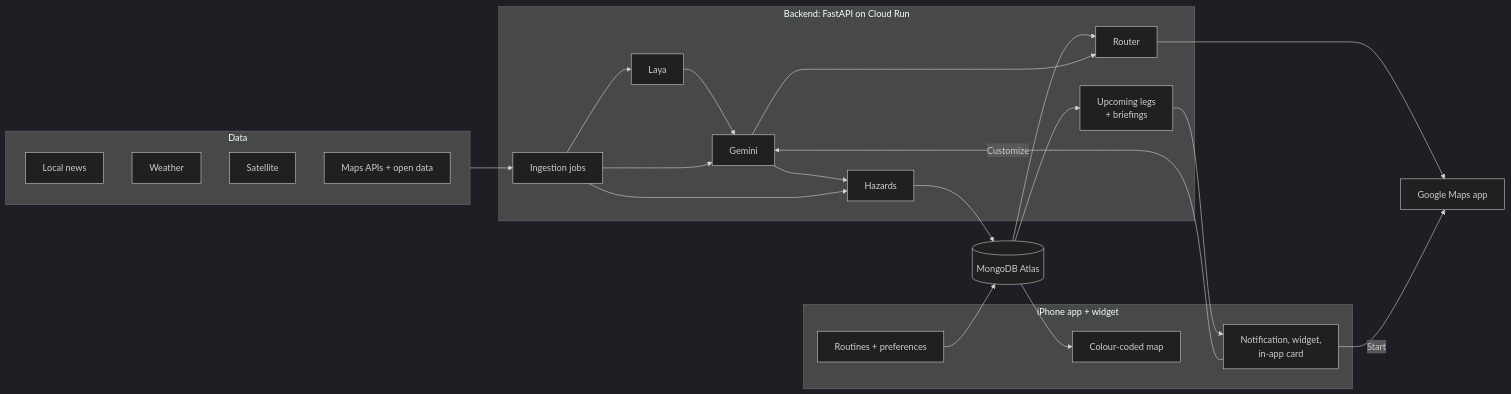
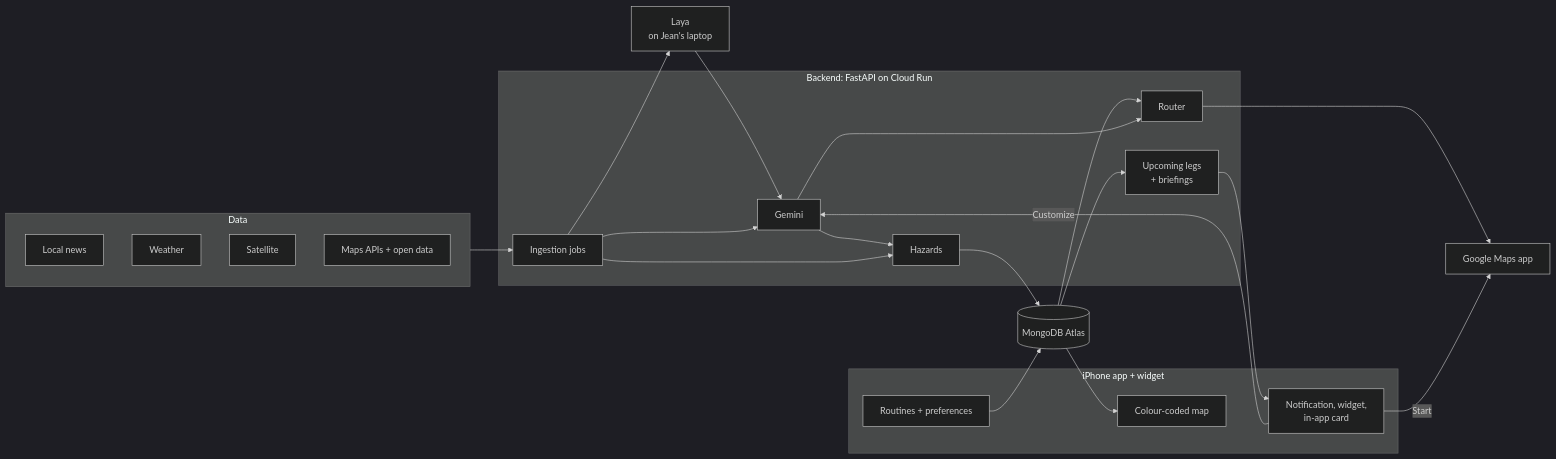
One commit to TomasPessagno/mapay changed the third of 3 diagrams in README.md. Above: the diagram before and after it, drawn with Mermaid (dark theme). The commit also changed 4 other files, not shown here.

First line of the commit message:
Laya runs free on Jean's laptop; add the Laya fine-tune (A25, #47)

````diff
--- a/README.md
+++ b/README.md
@@ -227,40 +227,40 @@
 ```mermaid
 flowchart LR
     subgraph Data
         NEWS[Local news]
         WX[Weather]
         SAT[Satellite]
         MAPS[Maps APIs + open data]
     end
 
     subgraph Backend[Backend: FastAPI on Cloud Run]
         ING[Ingestion jobs]
-        LAYA[Laya]
         GEM[Gemini]
         HAZ[Hazards]
         ROUTER[Router]
         UP[Upcoming legs<br/>+ briefings]
     end
 
     DB[(MongoDB Atlas)]
+    LAYA["Laya<br/>on Jean's laptop"]
 
     subgraph iPhone[iPhone app + widget]
         MAP[Colour-coded map]
         ROUT[Routines + preferences]
         HEADS[Notification, widget,<br/>in-app card]
     end
 
     Data --> ING
     ING --> LAYA --> GEM
     ING --> GEM --> HAZ
     ING --> HAZ
     HAZ --> DB
     DB --> MAP
     ROUT --> DB
     DB --> UP --> HEADS
     DB --> ROUTER
     HEADS -->|Customize| GEM
     GEM --> ROUTER
     ROUTER --> GMAPS[Google Maps app]
     HEADS -->|Start| GMAPS
 ```
````
